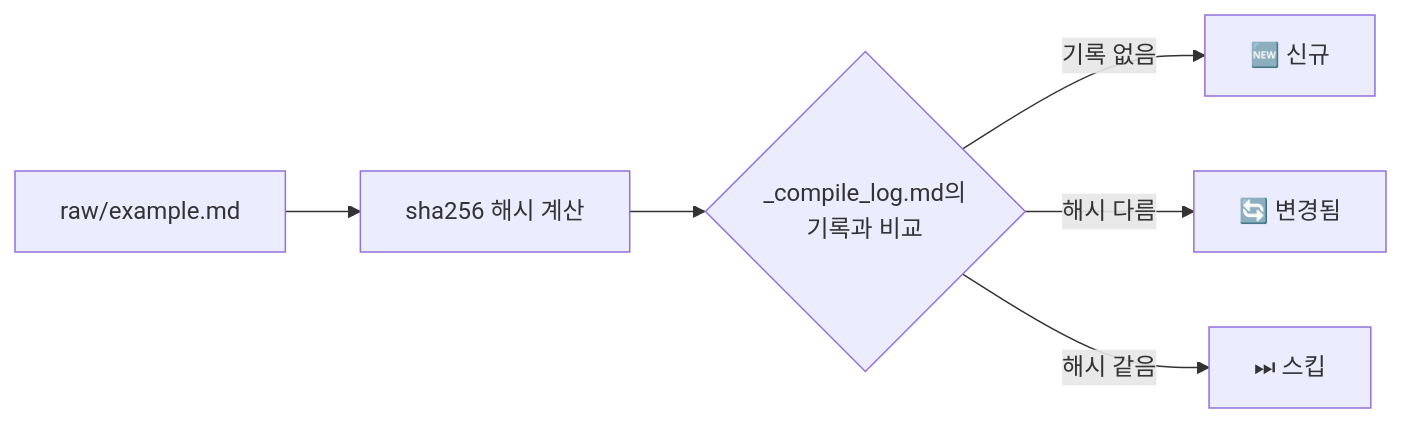
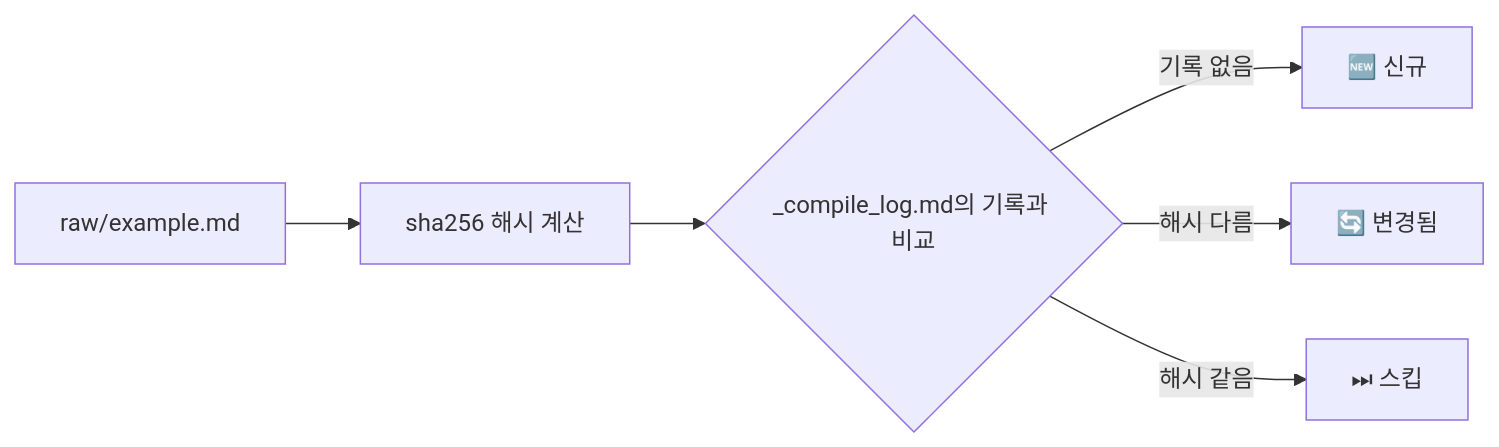
One commit to bjw202/Vault changed the eighth of 10 diagrams in docs/vault-system-guide.md. Above: the diagram before and after it, drawn with Mermaid. The commit also changed other lines of this file and 6 other files, not shown here.

````diff
--- a/docs/vault-system-guide.md
+++ b/docs/vault-system-guide.md
@@ -316,8 +310,8 @@
 ```mermaid
 flowchart LR
     FILE["raw/example.md"] --> HASH["sha256 해시 계산"]
-    HASH --> COMPARE{"_compile_log.md의<br/>기록과 비교"}
+    HASH --> COMPARE{"_compile_log.md의 기록과 비교"}
     COMPARE -->|"기록 없음"| NEW["🆕 신규"]
     COMPARE -->|"해시 다름"| CHANGED["🔄 변경됨"]
     COMPARE -->|"해시 같음"| SKIP["⏭ 스킵"]
 ```
````
